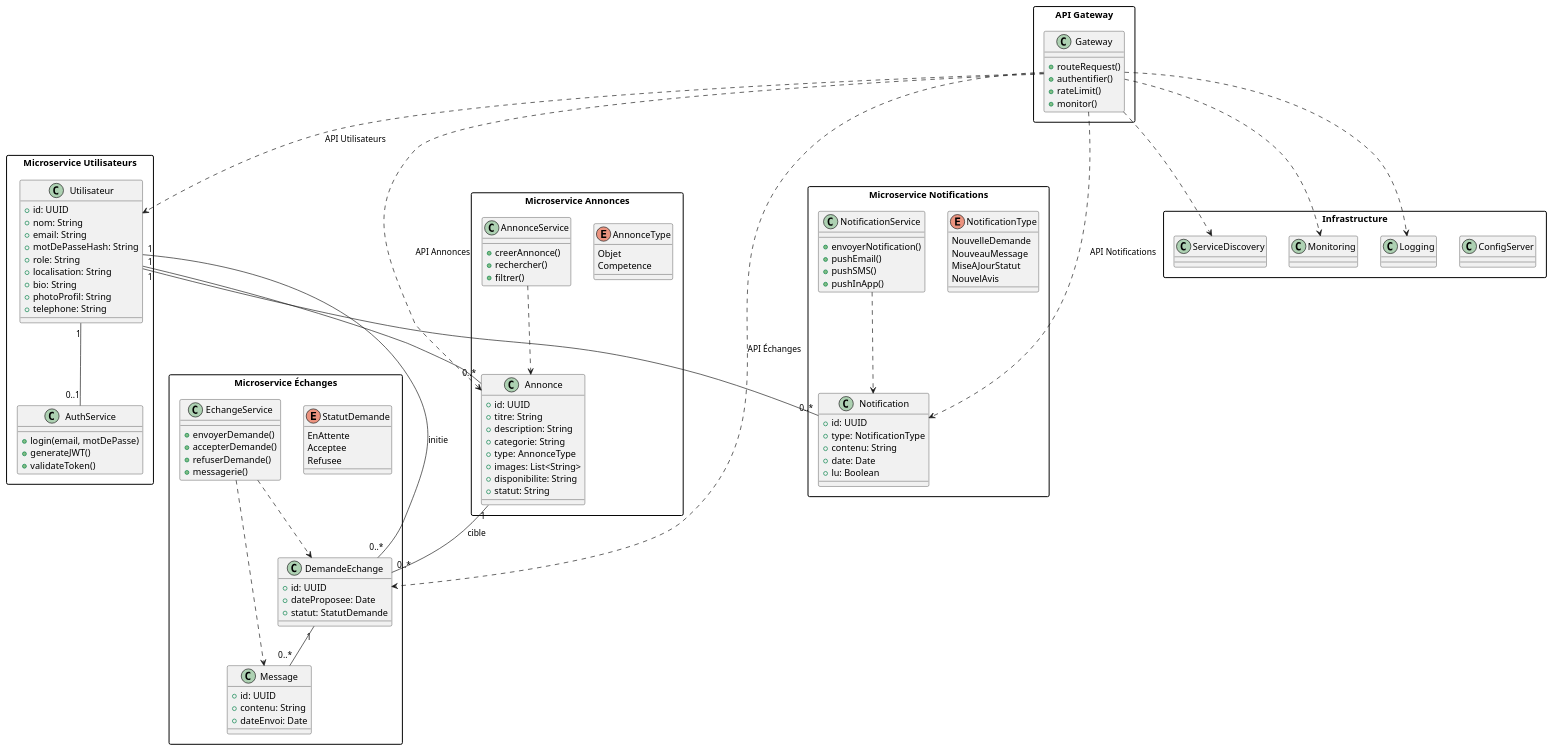
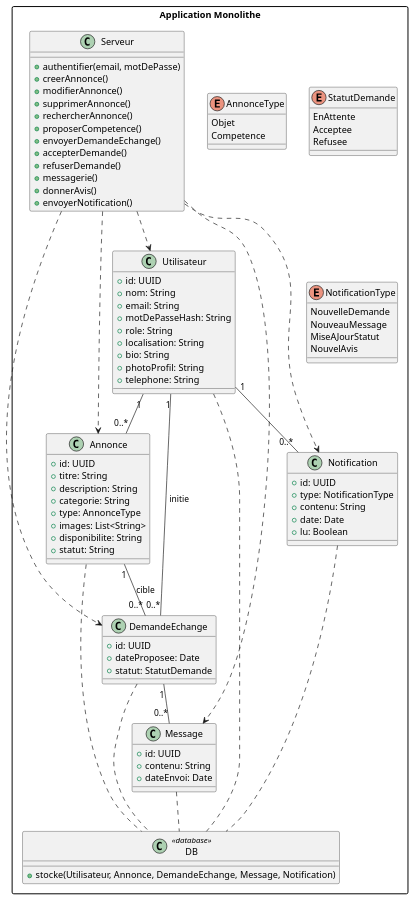
One commit to Dibeo/projet-gl-m1-ti-2025 changed the second of 2 diagrams in SDLC/UML/Diagrammes Classes - Serveur.md. Above: the diagram before and after it, drawn with PlantUML. The commit also changed other lines of this file and 4 other files, not shown here.

Commit message:
update : use case & class diagram for serveur

````diff
--- a/SDLC/UML/Diagrammes Classes - Serveur.md
+++ b/SDLC/UML/Diagrammes Classes - Serveur.md
@@ -70,18 +74,23 @@
 skinparam packageStyle rectangle
 skinparam componentStyle rectangle
 
-' === API Gateway ===
-package "API Gateway" {
-  class Gateway {
-    +routeRequest()
-    +authentifier()
-    +rateLimit()
-    +monitor()
+package "Application Monolithe" {
+
+  class Serveur {
+    +authentifier(email, motDePasse)
+    +creerAnnonce()
+    +modifierAnnonce()
+    +supprimerAnnonce()
+    +rechercherAnnonce()
+    +proposerCompetence()
+    +envoyerDemandeEchange()
+    +accepterDemande()
+    +refuserDemande()
+    +messagerie()
+    +donnerAvis()
+    +envoyerNotification()
   }
-}
 
-' === Microservice Utilisateurs ===
-package "Microservice Utilisateurs" {
   class Utilisateur {
     +id: UUID
     +nom: String
@@ -94,17 +103,6 @@
     +telephone: String
   }
 
-  class AuthService {
-    +login(email, motDePasse)
-    +generateJWT()
-    +validateToken()
-  }
-
-  Utilisateur "1" -- "0..1" AuthService
-}
-
-' === Microservice Annonces ===
-package "Microservice Annonces" {
   class Annonce {
     +id: UUID
     +titre: String
@@ -121,18 +119,6 @@
     Competence
   }
 
-  class AnnonceService {
-    +creerAnnonce()
-    +rechercher()
-    +filtrer()
-  }
-
-  Utilisateur "1" -- "0..*" Annonce
-  AnnonceService ..> Annonce
-}
-
-' === Microservice Échanges ===
-package "Microservice Échanges" {
   class DemandeEchange {
     +id: UUID
     +dateProposee: Date
@@ -151,22 +137,6 @@
     +dateEnvoi: Date
   }
 
-  class EchangeService {
-    +envoyerDemande()
-    +accepterDemande()
-    +refuserDemande()
-    +messagerie()
-  }
-
-  Annonce "1" -- "0..*" DemandeEchange : "cible"
-  Utilisateur "1" -- "0..*" DemandeEchange : "initie"
-  DemandeEchange "1" -- "0..*" Message
-  EchangeService ..> DemandeEchange
-  EchangeService ..> Message
-}
-
-' === Microservice Notifications ===
-package "Microservice Notifications" {
   class Notification {
     +id: UUID
     +type: NotificationType
@@ -182,34 +152,27 @@
     NouvelAvis
   }
 
-  class NotificationService {
-    +envoyerNotification()
-    +pushEmail()
-    +pushSMS()
-    +pushInApp()
+  class DB <<database>> {
+    +stocke(Utilisateur, Annonce, DemandeEchange, Message, Notification)
   }
 
+  Utilisateur "1" -- "0..*" Annonce
+  Annonce "1" -- "0..*" DemandeEchange : "cible"
+  Utilisateur "1" -- "0..*" DemandeEchange : "initie"
+  DemandeEchange "1" -- "0..*" Message
   Utilisateur "1" -- "0..*" Notification
-  NotificationService ..> Notification
+
+  Serveur ..> Utilisateur
+  Serveur ..> Annonce
+  Serveur ..> DemandeEchange
+  Serveur ..> Message
+  Serveur ..> Notification
+
+  Utilisateur .. DB
+  Annonce .. DB
+  DemandeEchange .. DB
+  Message .. DB
+  Notification .. DB
 }
-
-' === Infrastructure transversale ===
-package "Infrastructure" {
-  class ConfigServer
-  class ServiceDiscovery
-  class Monitoring
-  class Logging
-
-  Gateway ..> ServiceDiscovery
-  Gateway ..> Monitoring
-  Gateway ..> Logging
-}
-
-' === Connexions entre microservices via Gateway ===
-Gateway ..> Utilisateur : "API Utilisateurs"
-Gateway ..> Annonce : "API Annonces"
-Gateway ..> DemandeEchange : "API Échanges"
-Gateway ..> Notification : "API Notifications"
-
 @enduml
 ```
````
